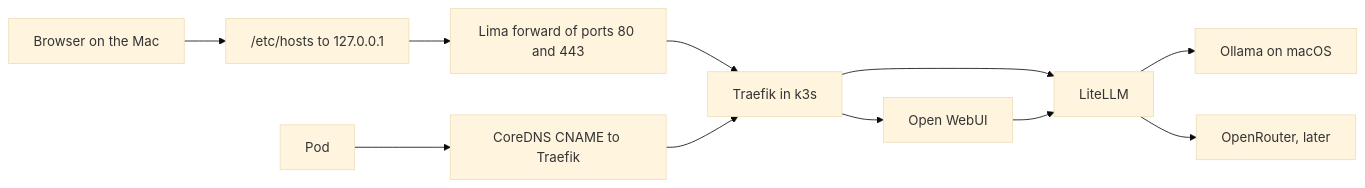
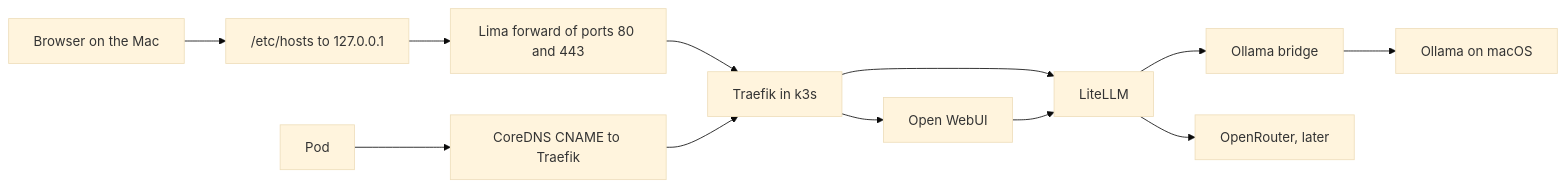
One commit to denis-rodionov/local-ai-setup changed the diagram in ARCHITECTURE.md. Above: the diagram before and after it, drawn with Mermaid (base theme). The commit also changed other lines of this file and 11 other files, not shown here.

````diff
--- a/ARCHITECTURE.md
+++ b/ARCHITECTURE.md
@@ -72,21 +73,22 @@
 ```mermaid
 flowchart LR
   browser["Browser on the Mac"]
   hosts["/etc/hosts to 127.0.0.1"]
   lima["Lima forward of ports 80 and 443"]
   traefik["Traefik in k3s"]
   pod["Pod"]
   coredns["CoreDNS CNAME to Traefik"]
   webui["Open WebUI"]
   proxy["LiteLLM"]
+  bridge["Ollama bridge"]
   ollama["Ollama on macOS"]
   cloud["OpenRouter, later"]
 
   browser --> hosts --> lima --> traefik
   pod --> coredns --> traefik
   traefik --> webui
   traefik --> proxy
   webui --> proxy
-  proxy --> ollama
+  proxy --> bridge --> ollama
   proxy --> cloud
 ```
````
